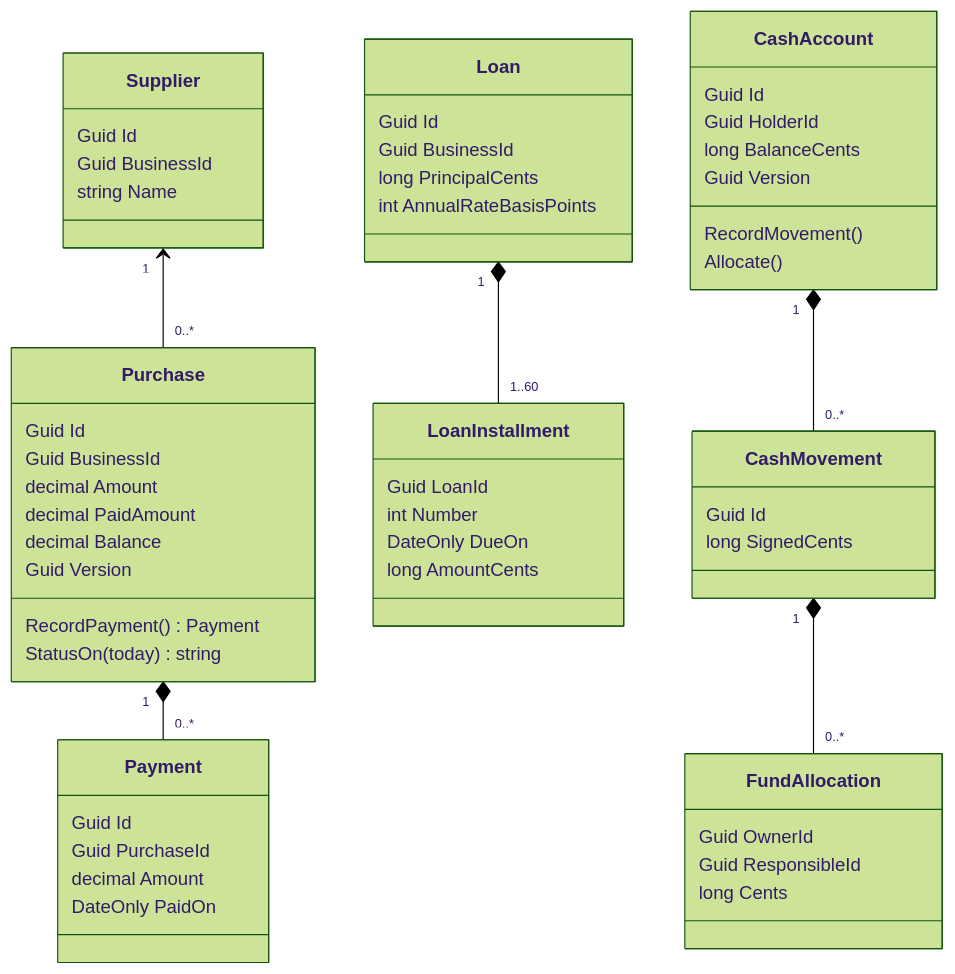
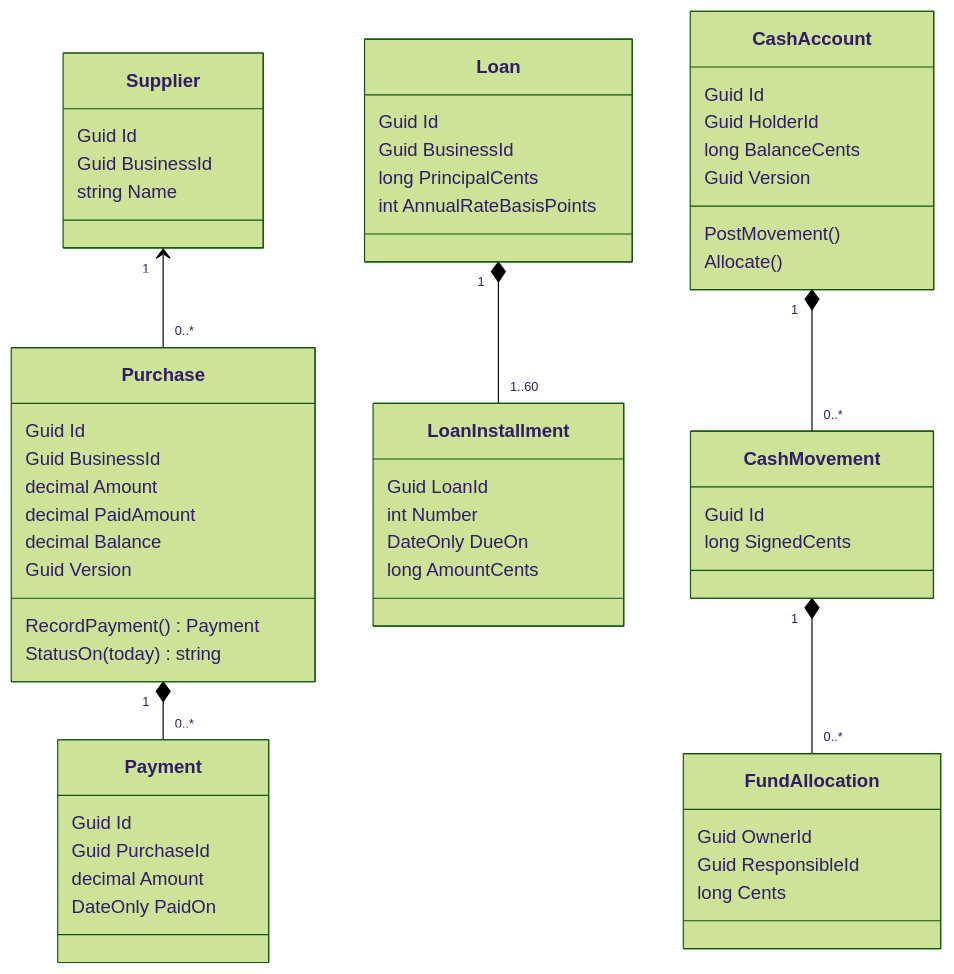
One commit to Grupo-Desarrollo-Aplicaciones-Web/upc-project-report changed the diagram in assets/architecture/av2/classes-av2.mmd. Above: the diagram before and after it, drawn with Mermaid (forest theme). The commit also changed 27 other files, not shown here.

```diff
--- a/assets/architecture/av2/classes-av2.mmd
+++ b/assets/architecture/av2/classes-av2.mmd
@@ -1,56 +1,56 @@
 classDiagram
   class Purchase {
     Guid Id
     Guid BusinessId
     decimal Amount
     decimal PaidAmount
     decimal Balance
     Guid Version
     RecordPayment() Payment
     StatusOn(today) string
   }
   class Payment {
     Guid Id
     Guid PurchaseId
     decimal Amount
     DateOnly PaidOn
   }
   class Supplier {
     Guid Id
     Guid BusinessId
     string Name
   }
   class Loan {
     Guid Id
     Guid BusinessId
     long PrincipalCents
     int AnnualRateBasisPoints
   }
   class LoanInstallment {
     Guid LoanId
     int Number
     DateOnly DueOn
     long AmountCents
   }
   class CashAccount {
     Guid Id
     Guid HolderId
     long BalanceCents
     Guid Version
-    RecordMovement()
+    PostMovement()
     Allocate()
   }
   class CashMovement {
     Guid Id
     long SignedCents
   }
   class FundAllocation {
     Guid OwnerId
     Guid ResponsibleId
     long Cents
   }
   Supplier "1" <-- "0..*" Purchase
   Purchase "1" *-- "0..*" Payment
   Loan "1" *-- "1..60" LoanInstallment
   CashAccount "1" *-- "0..*" CashMovement
   CashMovement "1" *-- "0..*" FundAllocation
```
